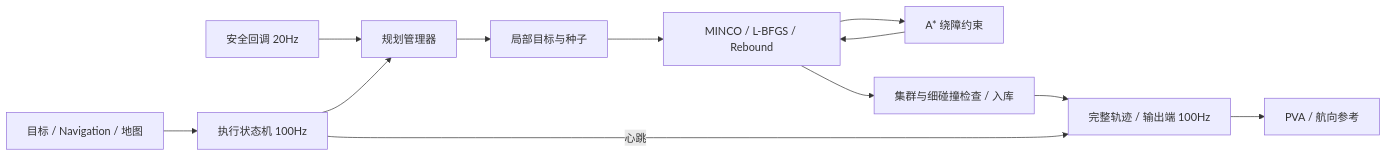
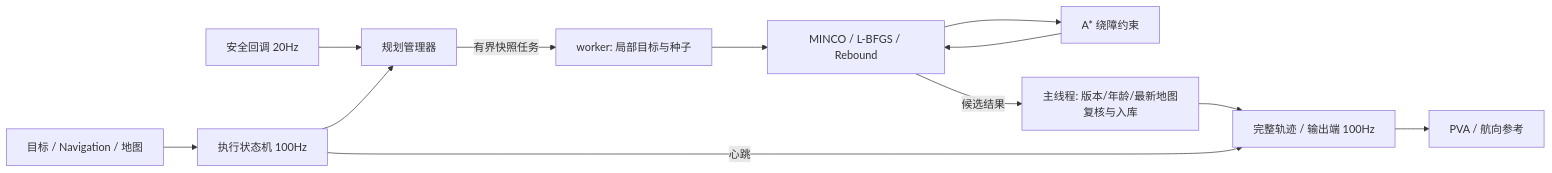
Before and after one commit to 3SE-Competitive-Robotics-Team/firefly: the third of 3 diagrams in docs/architecture.md, drawn with Mermaid. The commit also changed other lines of this file and 19 other files, not shown here.

Commit message:
perf(planner): 隔离重规划求解并共享局部地图快照

````diff
--- a/docs/architecture.md
+++ b/docs/architecture.md
@@ -588,14 +612,14 @@
 ```mermaid
 flowchart LR
     Input[目标 / Navigation / 地图] --> FSM[执行状态机 100Hz]
     Safety[安全回调 20Hz] --> Manager[规划管理器]
     FSM --> Manager
-    Manager --> Init[局部目标与种子]
+    Manager -->|有界快照任务| Init[worker: 局部目标与种子]
     Init --> Optimizer[MINCO / L-BFGS / Rebound]
     Optimizer --> AStar[A* 绕障约束]
     AStar --> Optimizer
-    Optimizer --> Store[集群与细碰撞检查 / 入库]
+    Optimizer -->|候选结果| Store[主线程: 版本/年龄/最新地图复核与入库]
     Store --> Server[完整轨迹 / 输出端 100Hz]
     FSM -->|心跳| Server
     Server --> Reference[PVA / 航向参考]
 ```
````
